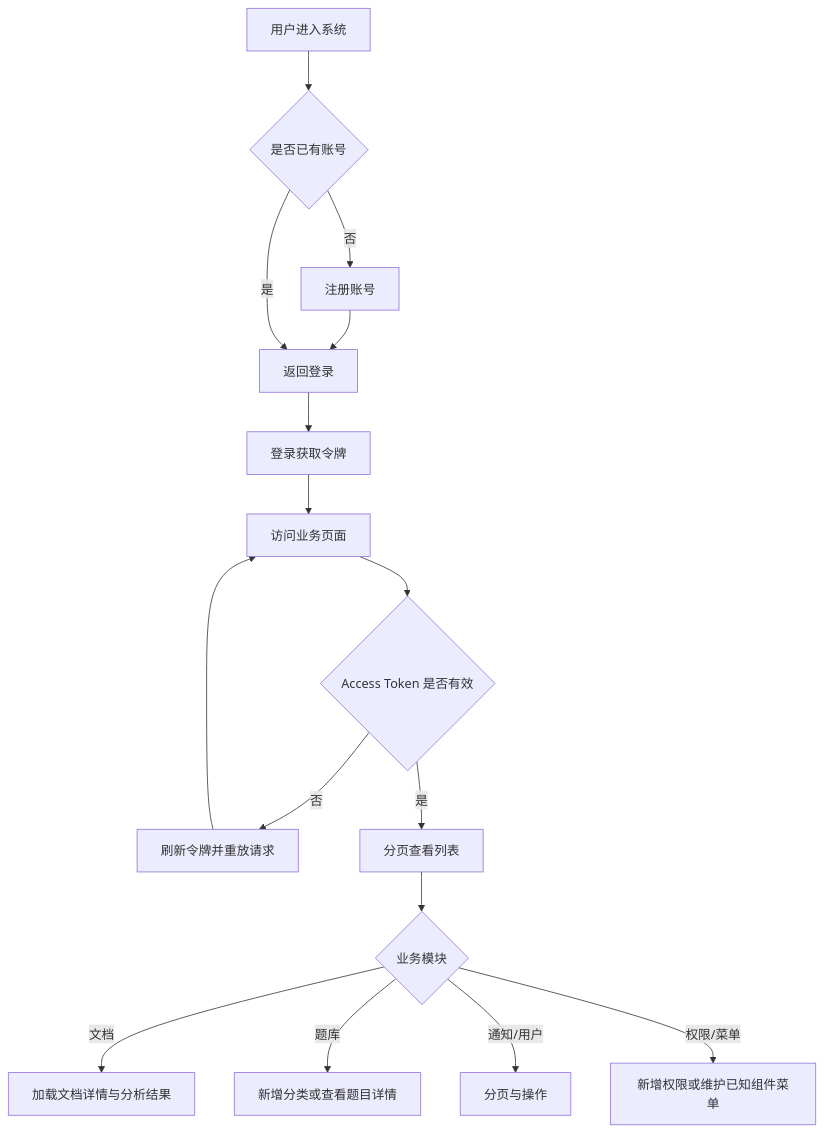
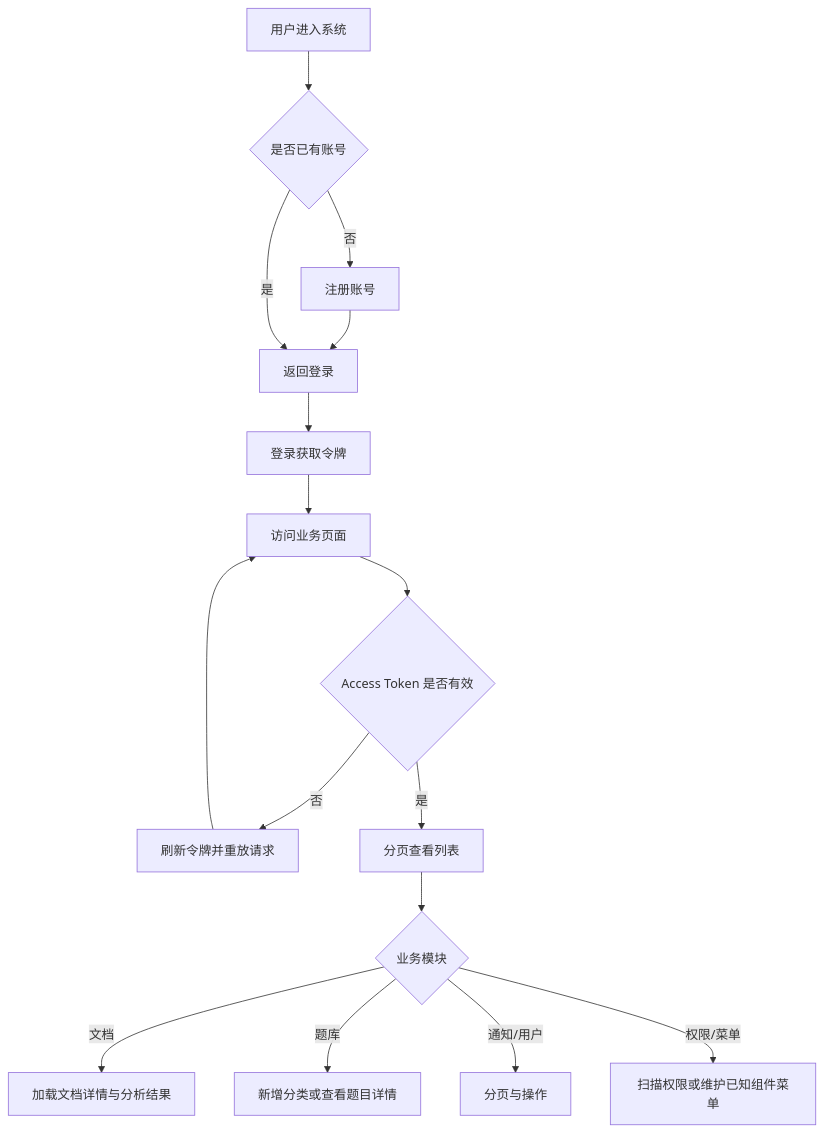
Before and after one commit to guokai2012/exam-ai: the diagram in docs/20260601213000_功能闭环补齐流程.md, drawn with Mermaid. The commit also changed other lines of this file and 24 other files, not shown here.

````diff
--- a/docs/20260601213000_功能闭环补齐流程.md
+++ b/docs/20260601213000_功能闭环补齐流程.md
@@ -29,18 +29,18 @@
 ```mermaid
 flowchart TD
     A[用户进入系统] --> B{是否已有账号}
     B -- 否 --> C[注册账号]
     C --> D[返回登录]
     B -- 是 --> D
     D --> E[登录获取令牌]
     E --> F[访问业务页面]
     F --> G{Access Token 是否有效}
     G -- 否 --> H[刷新令牌并重放请求]
     H --> F
     G -- 是 --> I[分页查看列表]
     I --> J{业务模块}
     J -- 文档 --> K[加载文档详情与分析结果]
     J -- 题库 --> L[新增分类或查看题目详情]
     J -- 通知/用户 --> M[分页与操作]
-    J -- 权限/菜单 --> N[新增权限或维护已知组件菜单]
+    J -- 权限/菜单 --> N[扫描权限或维护已知组件菜单]
 ```
````
